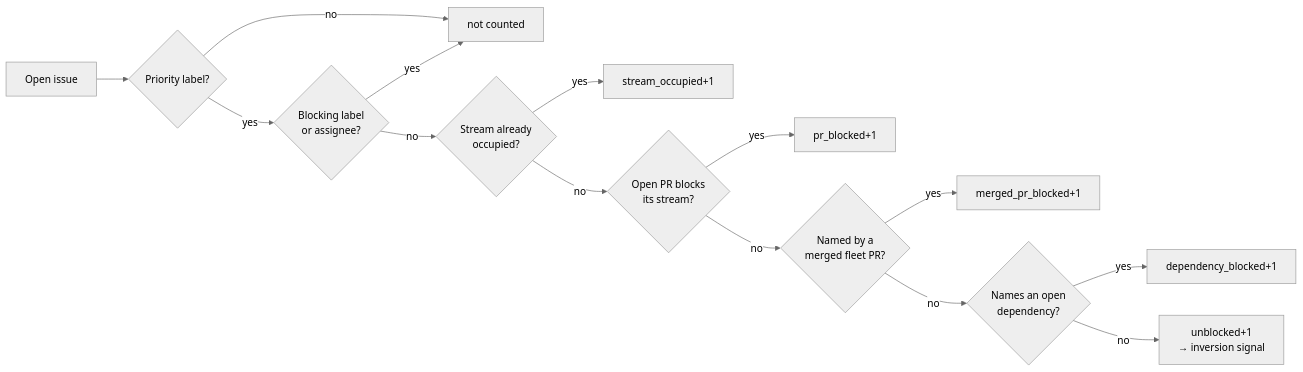
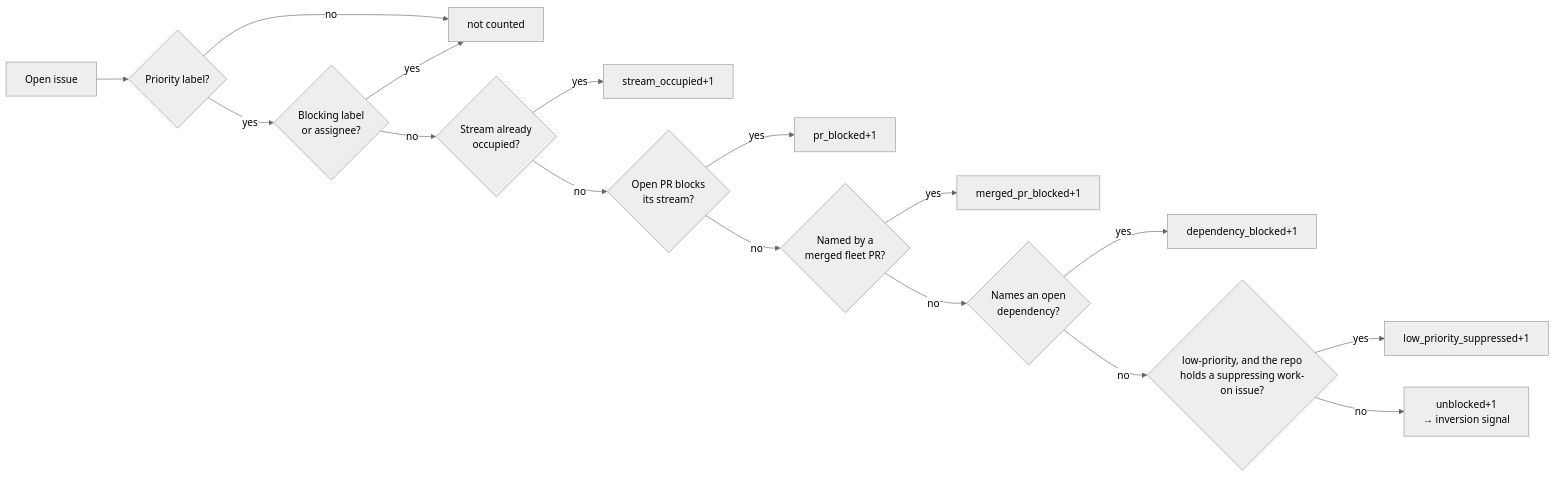
One commit to stSoftwareAU/VibeCoder changed the third of 15 diagrams in docs/IDLE-TASK-FRAMEWORK.md. Above: the diagram before and after it, drawn with Mermaid (neutral theme). The commit also changed other lines of this file and 6 other files, not shown here.

First line of the commit message:
fix: a permanently blocked work-on issue must not park the backlog (Issue #499)

````diff
--- a/docs/IDLE-TASK-FRAMEWORK.md
+++ b/docs/IDLE-TASK-FRAMEWORK.md
@@ -502,16 +502,18 @@
 ```mermaid
 flowchart LR
     I[Open issue] --> L{Priority label?}
     L -- no --> X[not counted]
     L -- yes --> B{Blocking label<br/>or assignee?}
     B -- yes --> X
     B -- no --> S{Stream already<br/>occupied?}
     S -- yes --> SO["stream_occupied+1"]
     S -- no --> P{Open PR blocks<br/>its stream?}
     P -- yes --> PB["pr_blocked+1"]
     P -- no --> M{Named by a<br/>merged fleet PR?}
     M -- yes --> MB["merged_pr_blocked+1"]
     M -- no --> D{Names an open<br/>dependency?}
     D -- yes --> DB["dependency_blocked+1"]
-    D -- no --> U["unblocked+1<br/>→ inversion signal"]
+    D -- no --> T{"low-priority, and the repo<br/>holds a suppressing work-on issue?"}
+    T -- yes --> TS["low_priority_suppressed+1"]
+    T -- no --> U["unblocked+1<br/>→ inversion signal"]
 ```
````
